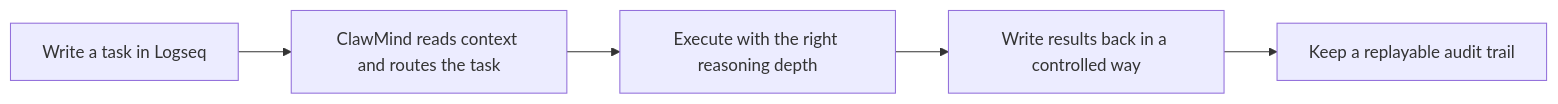
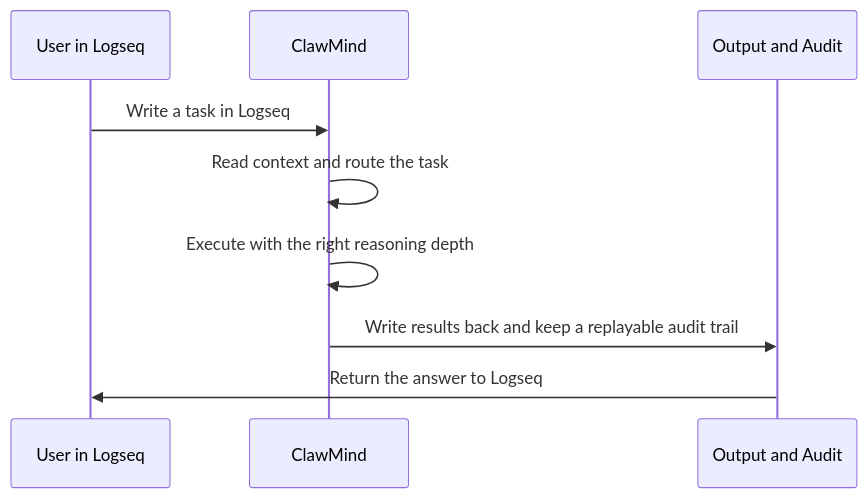
One commit to pigsly/ClawMind changed the diagram in README.md. Above: the diagram before and after it, drawn with Mermaid.

Commit message:
fix sequence diagram

````diff
--- a/README.md
+++ b/README.md
@@ -43,10 +43,12 @@
 ```mermaid
-flowchart LR
-    A[Write a task in Logseq]
-    B[ClawMind reads context and routes the task]
-    C[Execute with the right reasoning depth]
-    D[Write results back in a controlled way]
-    E[Keep a replayable audit trail]
+sequenceDiagram
+    participant U as User in Logseq
+    participant C as ClawMind
+    participant O as Output and Audit
 
-    A --> B --> C --> D --> E
+    U->>C: Write a task in Logseq
+    C->>C: Read context and route the task
+    C->>C: Execute with the right reasoning depth
+    C->>O: Write results back and keep a replayable audit trail
+    O->>U: Return the answer to Logseq
 ```
````
